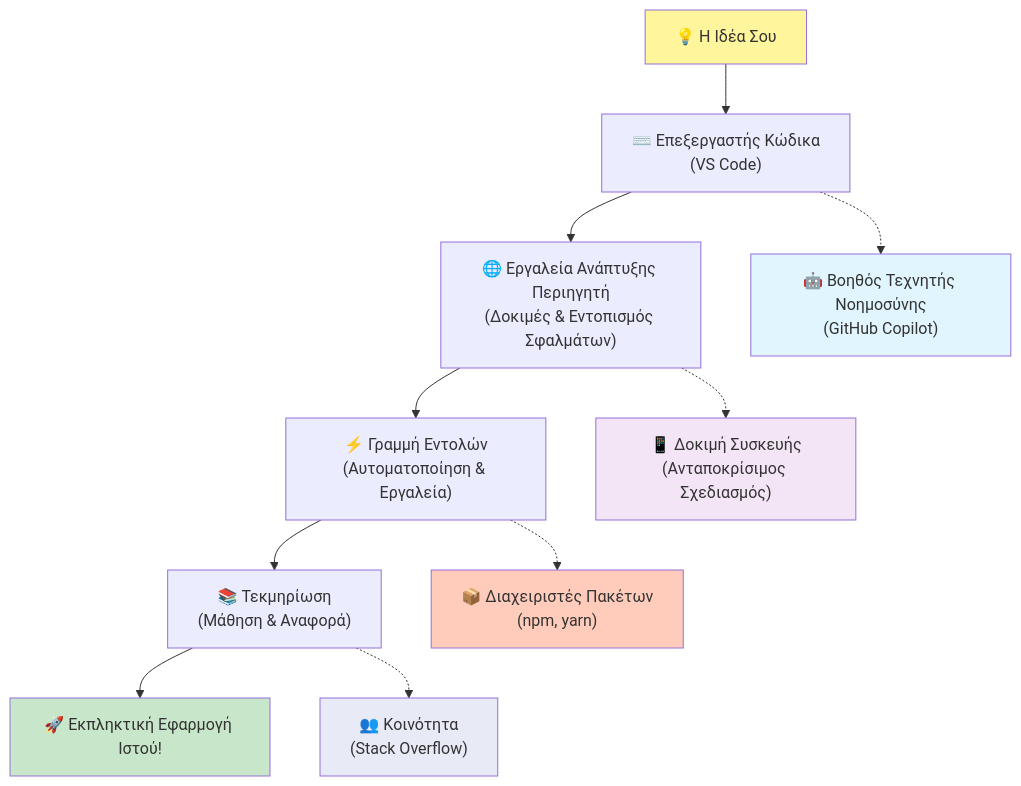
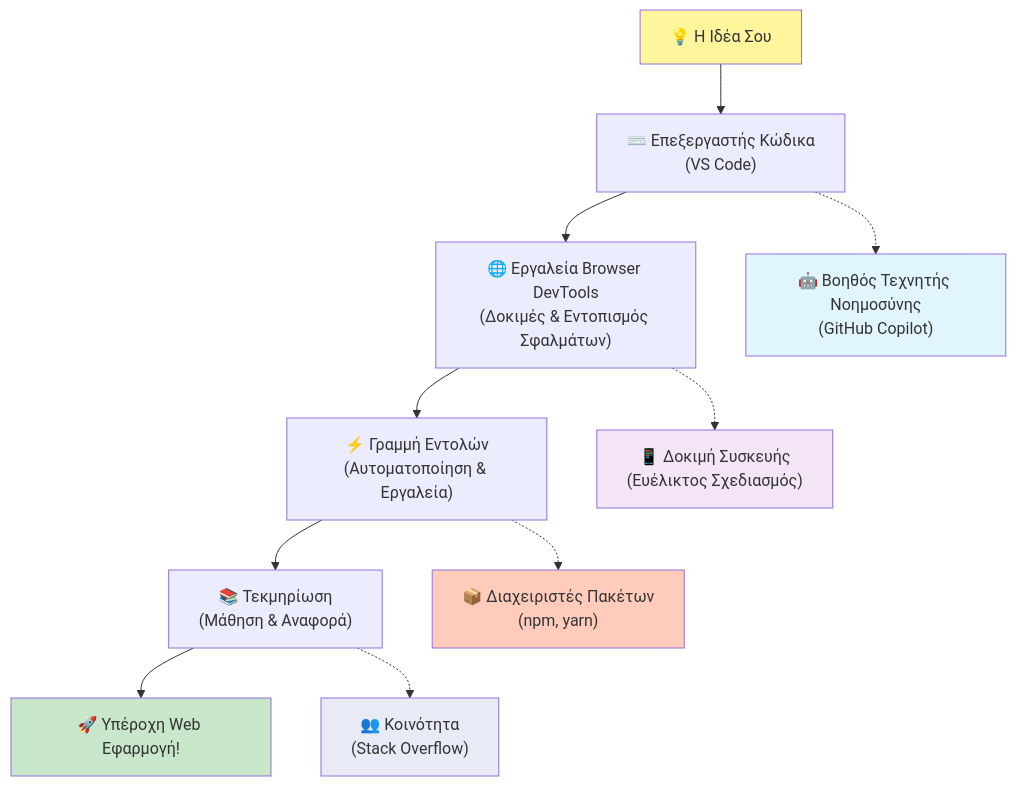
One commit to microsoft/Web-Dev-For-Beginners changed the fifth of 7 diagrams in translations/el/1-getting-started-lessons/1-intro-to-programming-languages/README.md. Above: the diagram before and after it, drawn with Mermaid. The commit also changed other lines of this file and 8 other files, not shown here.

````diff
--- a/translations/el/1-getting-started-lessons/1-intro-to-programming-languages/README.md
+++ b/translations/el/1-getting-started-lessons/1-intro-to-programming-languages/README.md
@@ -488,20 +488,20 @@
 ```mermaid
 graph TD
     A["💡 Η Ιδέα Σου"] --> B["⌨️ Επεξεργαστής Κώδικα<br/>(VS Code)"] 
-    B --> C["🌐 Εργαλεία Ανάπτυξης Περιηγητή<br/>(Δοκιμές & Εντοπισμός Σφαλμάτων)"]
+    B --> C["🌐 Εργαλεία Browser DevTools<br/>(Δοκιμές & Εντοπισμός Σφαλμάτων)"]
     C --> D["⚡ Γραμμή Εντολών<br/>(Αυτοματοποίηση & Εργαλεία)"]
     D --> E["📚 Τεκμηρίωση<br/>(Μάθηση & Αναφορά)"]
-    E --> F["🚀 Εκπληκτική Εφαρμογή Ιστού!"]
+    E --> F["🚀 Υπέροχη Web Εφαρμογή!"]
     
     B -.-> G["🤖 Βοηθός Τεχνητής Νοημοσύνης<br/>(GitHub Copilot)"]
-    C -.-> H["📱 Δοκιμή Συσκευής<br/>(Ανταποκρίσιμος Σχεδιασμός)"]
+    C -.-> H["📱 Δοκιμή Συσκευής<br/>(Ευέλικτος Σχεδιασμός)"]
     D -.-> I["📦 Διαχειριστές Πακέτων<br/>(npm, yarn)"]
     E -.-> J["👥 Κοινότητα<br/>(Stack Overflow)"]
     
     style A fill:#fff59d
     style F fill:#c8e6c9
     style G fill:#e1f5fe
     style H fill:#f3e5f5
     style I fill:#ffccbc
     style J fill:#e8eaf6
 ```
````
